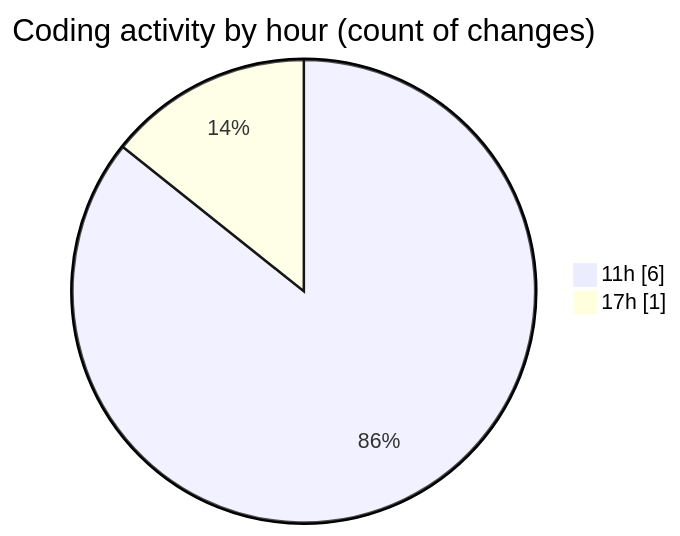
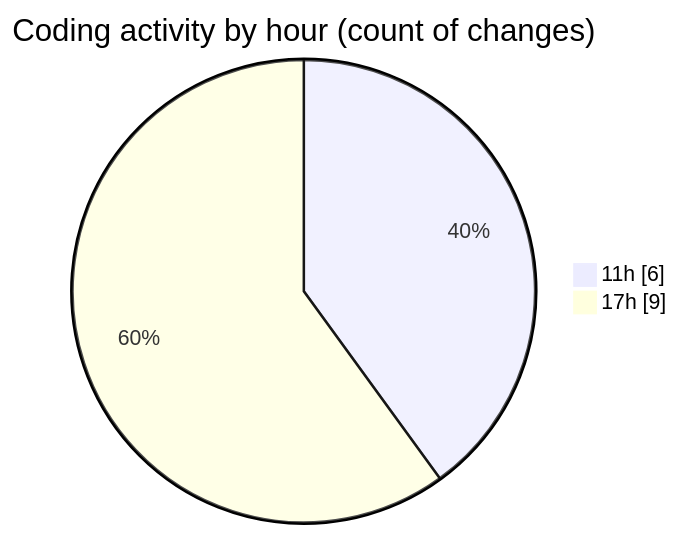
The second of 2 diagrams in 2026-06-07/nxtqube_webapp/README.md (nxtqubesakshisongat/code-tracking), drawn with Mermaid before and after one commit. The commit also changed other lines of this file and 1 other file, not shown here.

````diff
--- a/2026-06-07/nxtqube_webapp/README.md
+++ b/2026-06-07/nxtqube_webapp/README.md
@@ -30,6 +31,6 @@
 ```mermaid
 pie showData
 title Coding activity by hour (count of changes)
 "11h" : 6
-"17h" : 1
+"17h" : 9
 ```
````
